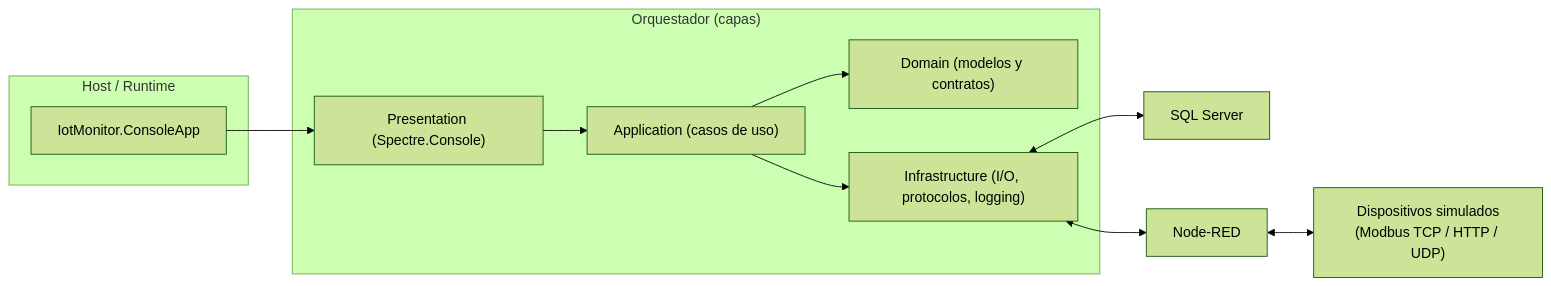
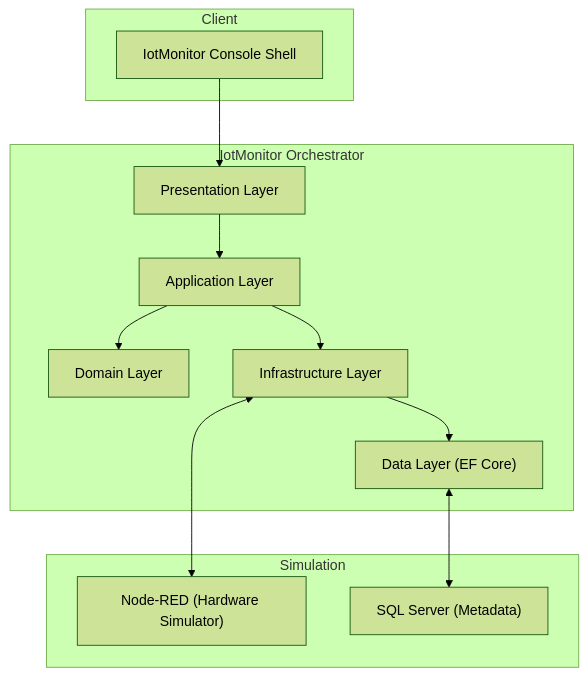
Before and after one commit to maadcode/IotMonitor: the diagram in README.md, drawn with Mermaid (forest theme). The commit also changed other lines of this file and 1 other file, not shown here.

````diff
--- a/README.md
+++ b/README.md
@@ -29,19 +22,27 @@
 ```mermaid
-flowchart LR
-	subgraph Host["Host / Runtime"]
-		ConsoleApp["IotMonitor.ConsoleApp"]
-	end
+flowchart TD
+    subgraph Client
+        CLI["IotMonitor Console Shell"]
+    end
 
-	subgraph Orchestrator["Orquestador (capas)"]
-		Presentation["Presentation (Spectre.Console)"]
-		Application["Application (casos de uso)"]
-		Domain["Domain (modelos y contratos)"]
-		Infrastructure["Infrastructure (I/O, protocolos, logging)"]
-	end
+    subgraph Core["IotMonitor Orchestrator"]
+        Presentation["Presentation Layer"]
+        Application["Application Layer"]
+        Domain["Domain Layer"]
+        Infrastructure["Infrastructure Layer"]
+        Data["Data Layer (EF Core)"]
+    end
 
-	ConsoleApp --> Presentation --> Application --> Domain
-	Application --> Infrastructure
-	Infrastructure <--> SQL["SQL Server"]
-	Infrastructure <--> NodeRED["Node-RED"]
-	NodeRED <--> Devices["Dispositivos simulados\n(Modbus TCP / HTTP / UDP)"]
+    subgraph Simulation
+        NodeRED["Node-RED (Hardware Simulator)"]
+        SQL["SQL Server (Metadata)"]
+    end
+
+    CLI --> Presentation
+    Presentation --> Application
+    Application --> Domain
+    Application --> Infrastructure
+    Infrastructure --> Data
+    Data <--> SQL
+    Infrastructure <--> NodeRED
 ```
````
